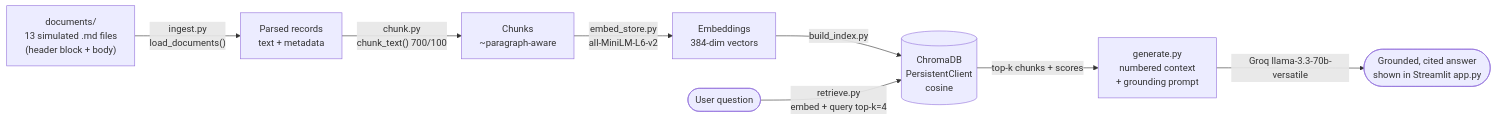
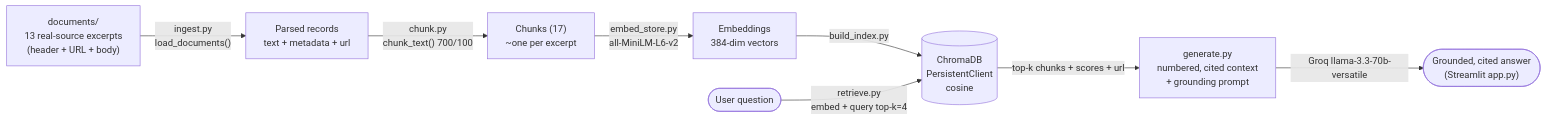
One commit to wzltmp/ai201-project1-unofficial-guide-starter changed the diagram in planning.md. Above: the diagram before and after it, drawn with Mermaid. The commit also changed other lines of this file and 29 other files, not shown here.

First line of the commit message:
feat: replace simulated corpus with real University of Michigan dining sources

````diff
--- a/planning.md
+++ b/planning.md
@@ -134,12 +126,12 @@
 ```mermaid
 flowchart LR
-    A["documents/<br/>13 simulated .md files<br/>(header block + body)"]
-        -->|"ingest.py<br/>load_documents()"| B["Parsed records<br/>text + metadata"]
-    B -->|"chunk.py<br/>chunk_text() 700/100"| C["Chunks<br/>~paragraph-aware"]
+    A["documents/<br/>13 real-source excerpts<br/>(header + URL + body)"]
+        -->|"ingest.py<br/>load_documents()"| B["Parsed records<br/>text + metadata + url"]
+    B -->|"chunk.py<br/>chunk_text() 700/100"| C["Chunks (17)<br/>~one per excerpt"]
     C -->|"embed_store.py<br/>all-MiniLM-L6-v2"| D["Embeddings<br/>384-dim vectors"]
     D -->|"build_index.py"| E[("ChromaDB<br/>PersistentClient<br/>cosine")]
     Q(["User question"])
         -->|"retrieve.py<br/>embed + query top-k=4"| E
-    E -->|"top-k chunks + scores"| F["generate.py<br/>numbered context<br/>+ grounding prompt"]
-    F -->|"Groq llama-3.3-70b-versatile"| G(["Grounded, cited answer<br/>shown in Streamlit app.py"])
+    E -->|"top-k chunks + scores + url"| F["generate.py<br/>numbered, cited context<br/>+ grounding prompt"]
+    F -->|"Groq llama-3.3-70b-versatile"| G(["Grounded, cited answer<br/>(Streamlit app.py)"])
 ```
````
